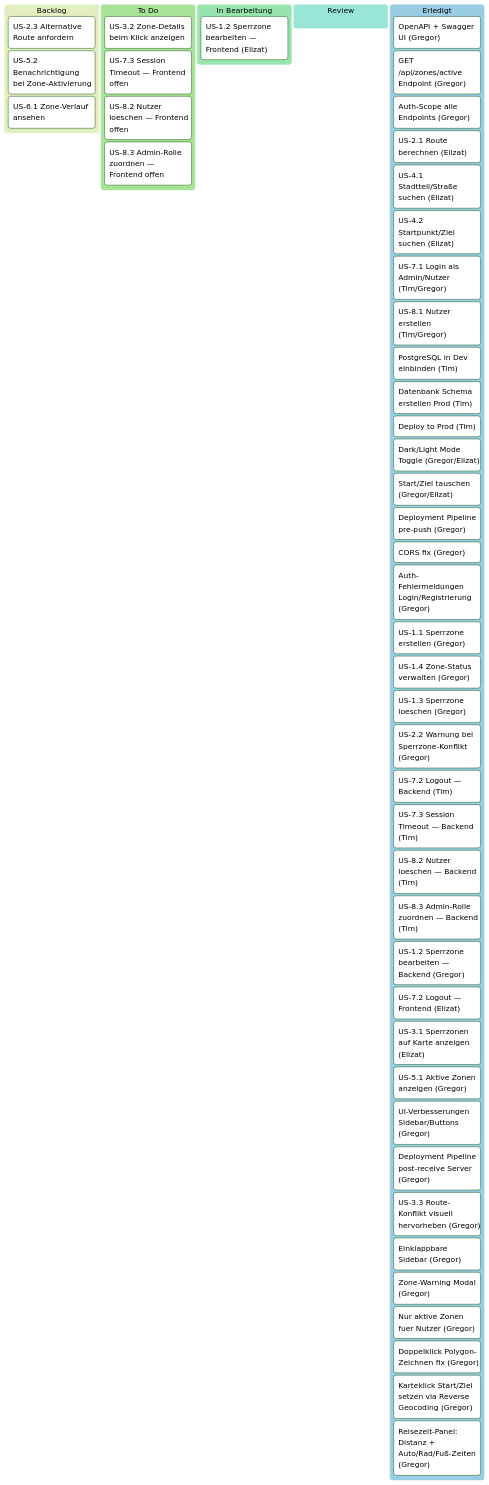
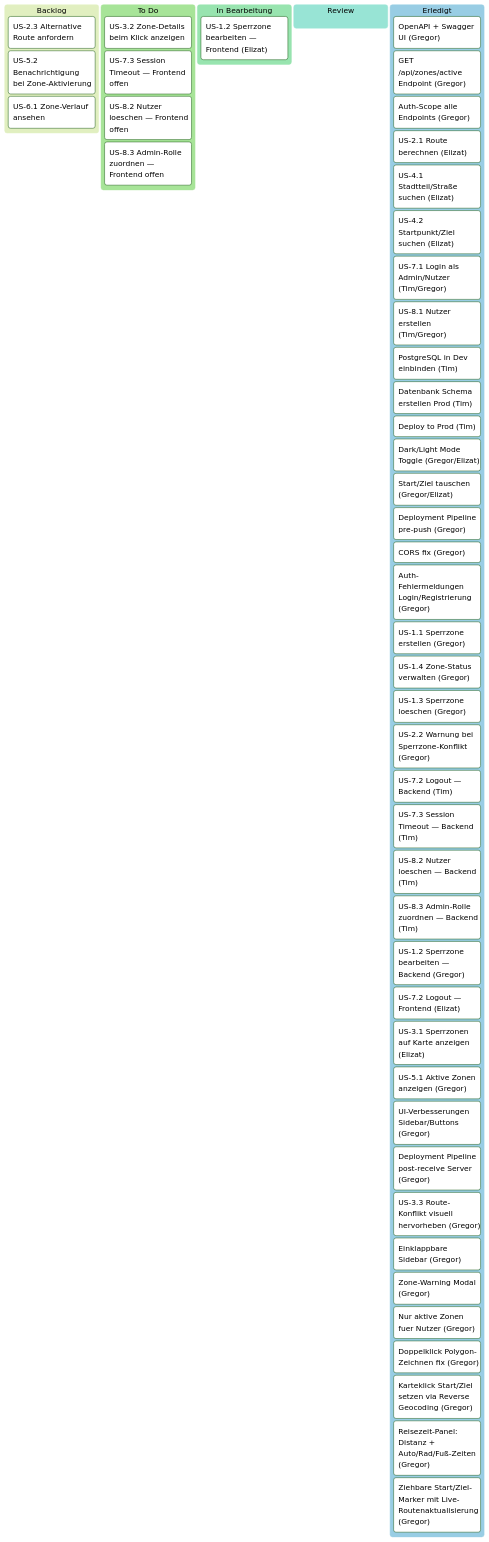
Before and after one commit to g8rdier/urban-flow-governance: the diagram in docs/project/PLAN.md, drawn with Mermaid (forest theme). The commit also changed other lines of this file, not shown here.

Commit message:
docs: add draggable markers to plan

````diff
--- a/docs/project/PLAN.md
+++ b/docs/project/PLAN.md
@@ -15,62 +15,63 @@
 ```mermaid
 ---
 config:
   kanban:
     ticketBaseUrl: ''
 ---
 kanban
   Backlog
     b1[US-2.3 Alternative Route anfordern]
     b3[US-5.2 Benachrichtigung bei Zone-Aktivierung]
     b4[US-6.1 Zone-Verlauf ansehen]
 
   ToDo[To Do]
     t3[US-3.2 Zone-Details beim Klick anzeigen]
     t5["US-7.3 Session Timeout — Frontend offen"]
     t6["US-8.2 Nutzer loeschen — Frontend offen"]
     t7["US-8.3 Admin-Rolle zuordnen — Frontend offen"]
 
   InProgress[In Bearbeitung]
     i1["US-1.2 Sperrzone bearbeiten — Frontend (Elizat)"]
 
   Review
 
   Erledigt
     d1["OpenAPI + Swagger UI (Gregor)"]
     d2["GET /api/zones/active Endpoint (Gregor)"]
     d3["Auth-Scope alle Endpoints (Gregor)"]
     d4["US-2.1 Route berechnen (Elizat)"]
     d5["US-4.1 Stadtteil/Straße suchen (Elizat)"]
     d6["US-4.2 Startpunkt/Ziel suchen (Elizat)"]
     r4["US-7.1 Login als Admin/Nutzer (Tim/Gregor)"]
     r7["US-8.1 Nutzer erstellen (Tim/Gregor)"]
     p5["PostgreSQL in Dev einbinden (Tim)"]
     t7["Datenbank Schema erstellen Prod (Tim)"]
     t8["Deploy to Prod (Tim)"]
     d7["Dark/Light Mode Toggle (Gregor/Elizat)"]
     d8["Start/Ziel tauschen (Gregor/Elizat)"]
     d9["Deployment Pipeline pre-push (Gregor)"]
     d10["CORS fix (Gregor)"]
     d11["Auth-Fehlermeldungen Login/Registrierung (Gregor)"]
     p1["US-1.1 Sperrzone erstellen (Gregor)"]
     p2["US-1.4 Zone-Status verwalten (Gregor)"]
     r2["US-1.3 Sperrzone loeschen (Gregor)"]
     r3["US-2.2 Warnung bei Sperrzone-Konflikt (Gregor)"]
     e1["US-7.2 Logout — Backend (Tim)"]
     e2["US-7.3 Session Timeout — Backend (Tim)"]
     e3["US-8.2 Nutzer loeschen — Backend (Tim)"]
     e4["US-8.3 Admin-Rolle zuordnen — Backend (Tim)"]
     e5["US-1.2 Sperrzone bearbeiten — Backend (Gregor)"]
     e6["US-7.2 Logout — Frontend (Elizat)"]
     e7["US-3.1 Sperrzonen auf Karte anzeigen (Elizat)"]
     e8["US-5.1 Aktive Zonen anzeigen (Gregor)"]
     e9["UI-Verbesserungen Sidebar/Buttons (Gregor)"]
     e10["Deployment Pipeline post-receive Server (Gregor)"]
     e11["US-3.3 Route-Konflikt visuell hervorheben (Gregor)"]
     e12["Einklappbare Sidebar (Gregor)"]
     e13["Zone-Warning Modal (Gregor)"]
     e14["Nur aktive Zonen fuer Nutzer (Gregor)"]
     e15["Doppelklick Polygon-Zeichnen fix (Gregor)"]
     e16["Karteklick Start/Ziel setzen via Reverse Geocoding (Gregor)"]
     e17["Reisezeit-Panel: Distanz + Auto/Rad/Fuß-Zeiten (Gregor)"]
+    e18["Ziehbare Start/Ziel-Marker mit Live-Routenaktualisierung (Gregor)"]
 ```
````
